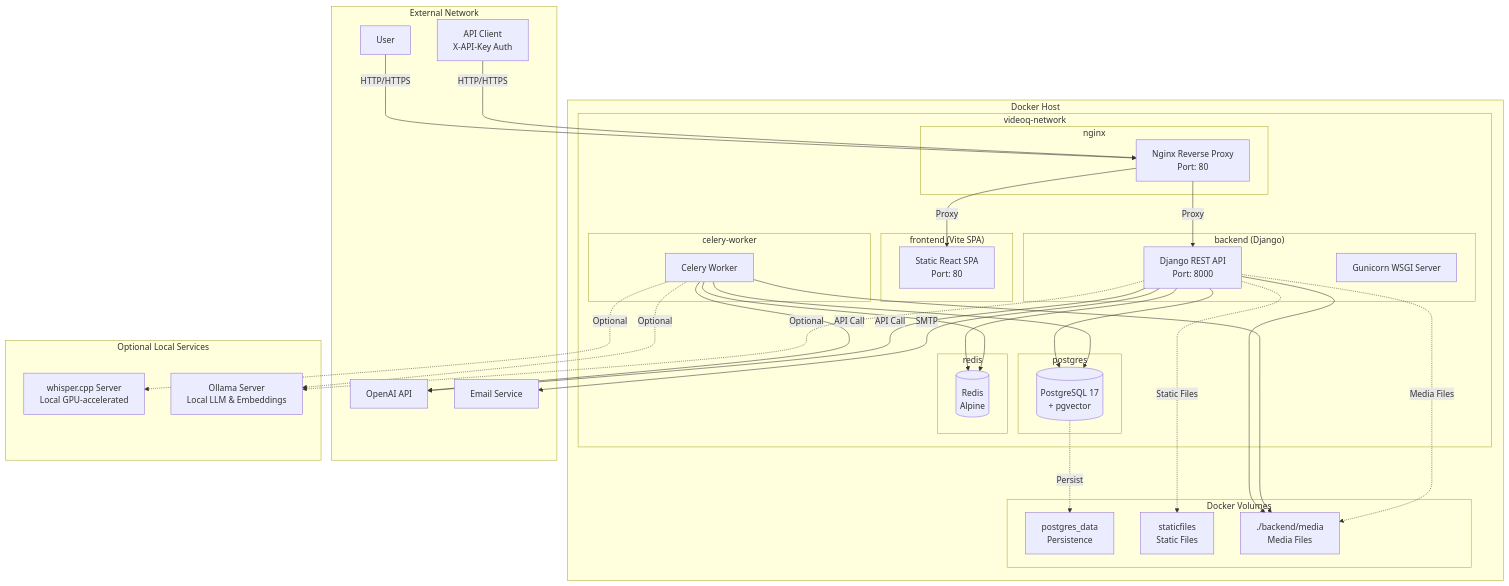
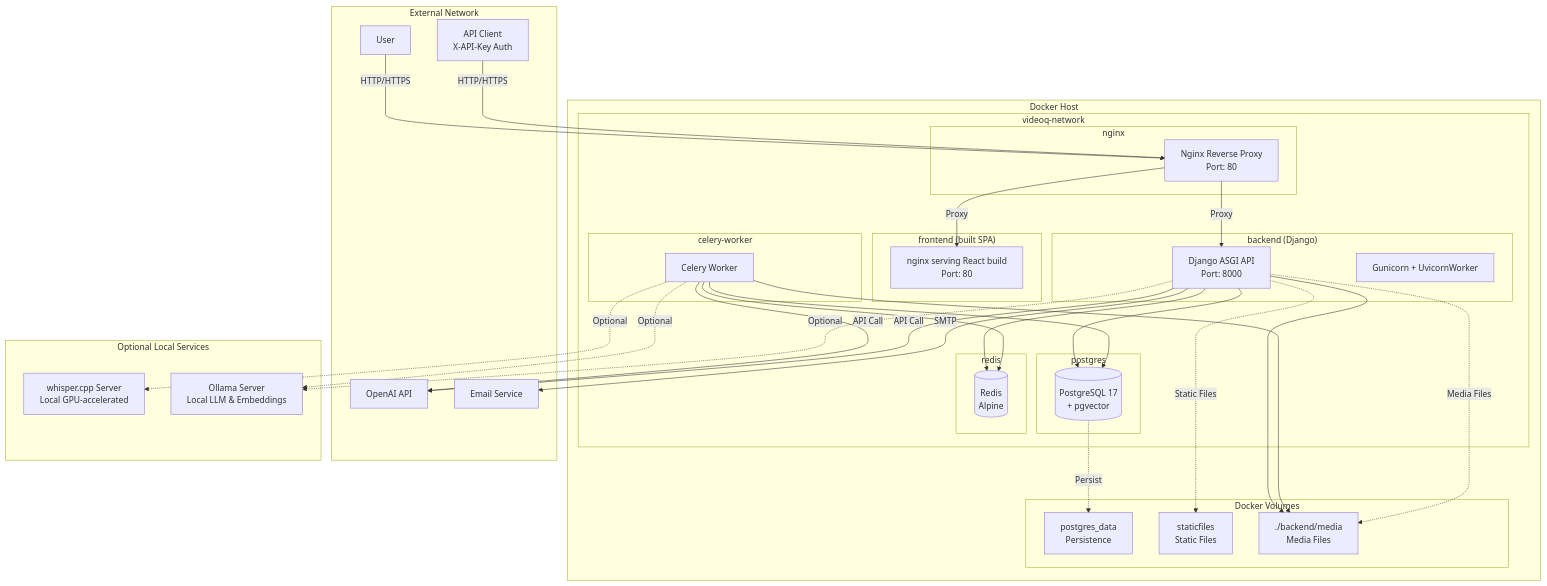
One commit to yukiharada1228/videoq changed the first of 7 diagrams in docs/design/deployment-diagram.md. Above: the diagram before and after it, drawn with Mermaid. The commit also changed other lines of this file and 7 other files, not shown here.

````diff
--- a/docs/design/deployment-diagram.md
+++ b/docs/design/deployment-diagram.md
@@ -9,70 +9,70 @@
 ```mermaid
 graph TB
     subgraph DockerHost["Docker Host"]
         subgraph Network["videoq-network"]
-            subgraph FrontendContainer["frontend (Vite SPA)"]
-                FrontendSPA[Static React SPA<br/>Port: 80]
+            subgraph FrontendContainer["frontend (built SPA)"]
+                FrontendSPA[nginx serving React build<br/>Port: 80]
             end
             
             subgraph BackendContainer["backend (Django)"]
-                Django[Django REST API<br/>Port: 8000]
-                Gunicorn[Gunicorn WSGI Server]
+                Django[Django ASGI API<br/>Port: 8000]
+                Gunicorn[Gunicorn + UvicornWorker]
             end
             
             subgraph CeleryContainer["celery-worker"]
                 CeleryWorker[Celery Worker]
             end
             
             subgraph NginxContainer["nginx"]
                 Nginx[Nginx Reverse Proxy<br/>Port: 80]
             end
             
             subgraph PostgresContainer["postgres"]
                 PostgreSQL[(PostgreSQL 17<br/>+ pgvector)]
             end
             
             subgraph RedisContainer["redis"]
                 Redis[(Redis<br/>Alpine)]
             end
         end
         
         subgraph Volumes["Docker Volumes"]
             PostgresData[postgres_data<br/>Persistence]
             StaticFiles[staticfiles<br/>Static Files]
             MediaFiles[./backend/media<br/>Media Files]
         end
     end
     
     subgraph External["External Network"]
         User[User]
         ApiClient[API Client<br/>X-API-Key Auth]
         OpenAI[OpenAI API]
         EmailService[Email Service]
     end
 
     subgraph LocalServices["Optional Local Services"]
         WhisperLocal[whisper.cpp Server<br/>Local GPU-accelerated]
         OllamaLocal[Ollama Server<br/>Local LLM & Embeddings]
     end
 
     User -->|HTTP/HTTPS| Nginx
     Nginx -->|Proxy| FrontendSPA
     Nginx -->|Proxy| Django
     Django --> PostgreSQL
     Django --> Redis
     Django --> MediaFiles
     CeleryWorker --> Redis
     CeleryWorker --> PostgreSQL
     CeleryWorker --> MediaFiles
     CeleryWorker -->|API Call| OpenAI
     CeleryWorker -.->|Optional| WhisperLocal
     CeleryWorker -.->|Optional| OllamaLocal
     Django -->|API Call| OpenAI
     Django -.->|Optional| OllamaLocal
     Django -->|SMTP| EmailService
     ApiClient -->|HTTP/HTTPS| Nginx
     
     PostgreSQL -.->|Persist| PostgresData
     Django -.->|Static Files| StaticFiles
     Django -.->|Media Files| MediaFiles
 ```
````
